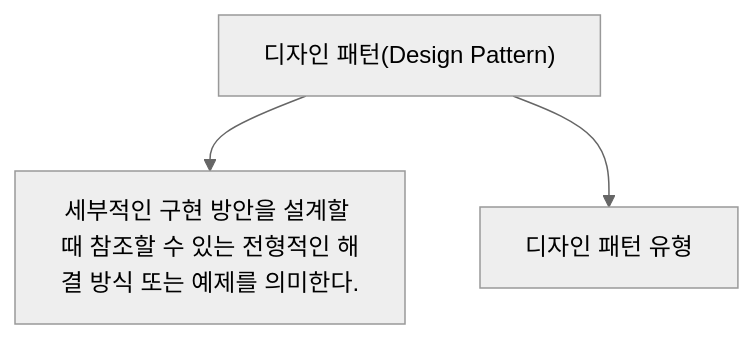
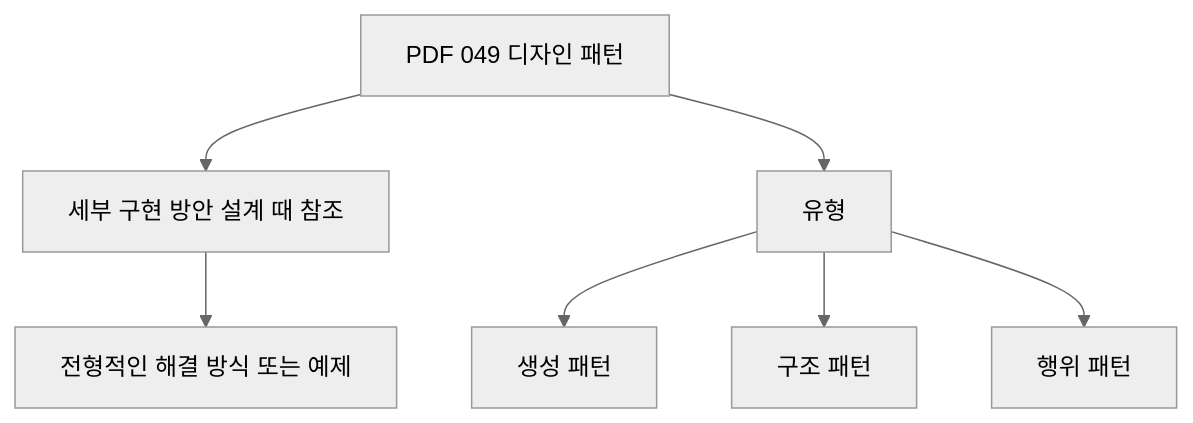
One commit to nes0903/study changed the third of 9 diagrams in 정보처리기사/1과목 소프트웨어 설계/049 디자인 패턴(Design Pattern)/049 디자인 패턴(Design Pattern).md. Above: the diagram before and after it, drawn with Mermaid (neutral theme). The commit also changed other lines of this file and 318 other files, not shown here.

````diff
--- a/정보처리기사/1과목 소프트웨어 설계/049 디자인 패턴(Design Pattern)/049 디자인 패턴(Design Pattern).md
+++ b/정보처리기사/1과목 소프트웨어 설계/049 디자인 패턴(Design Pattern)/049 디자인 패턴(Design Pattern).md
@@ -13,6 +56,10 @@
 ```mermaid
 flowchart TD
-    A["디자인 패턴(Design Pattern)"]
-    A --> N1["세부적인 구현 방안을 설계할 때 참조할 수 있는 전형적인 해결 방식 또는 예제를 의미한다."]
-    A --> N2["디자인 패턴 유형"]
+    A["PDF 049 디자인 패턴"]
+    A --> B["세부 구현 방안 설계 때 참조"]
+    B --> C["전형적인 해결 방식 또는 예제"]
+    A --> D["유형"]
+    D --> D1["생성 패턴"]
+    D --> D2["구조 패턴"]
+    D --> D3["행위 패턴"]
 ```
````
